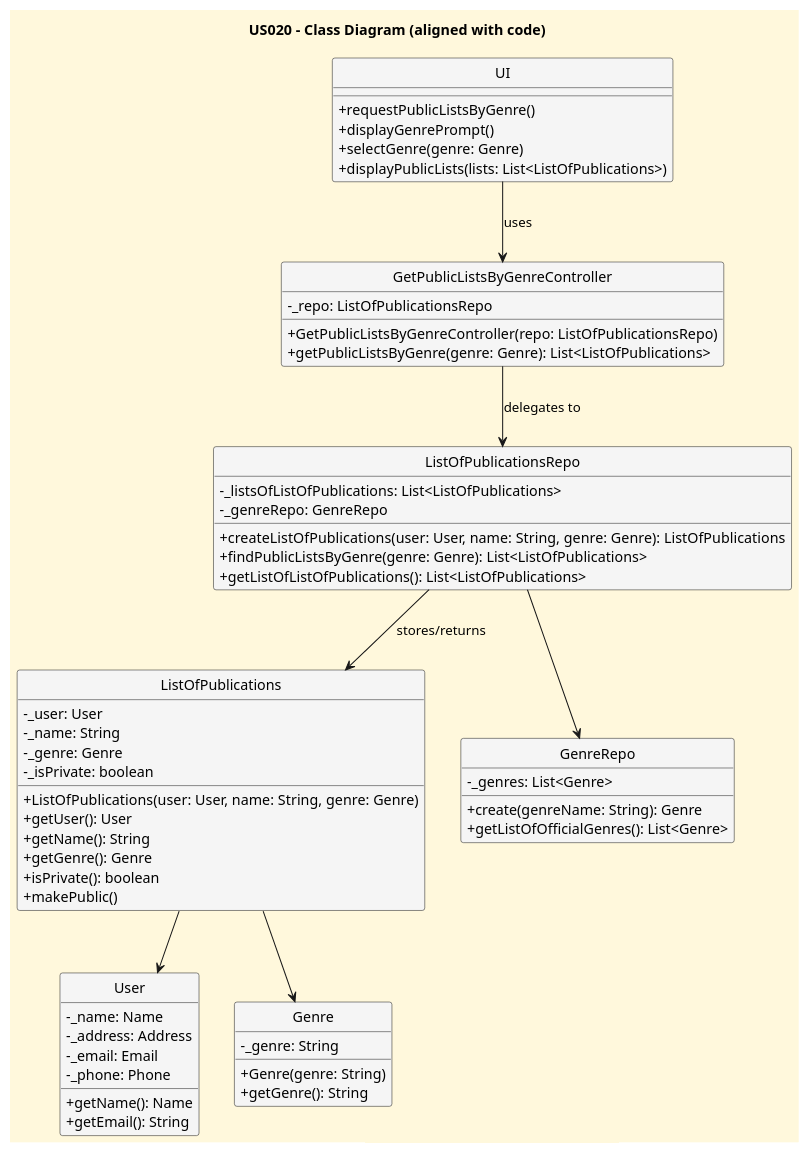
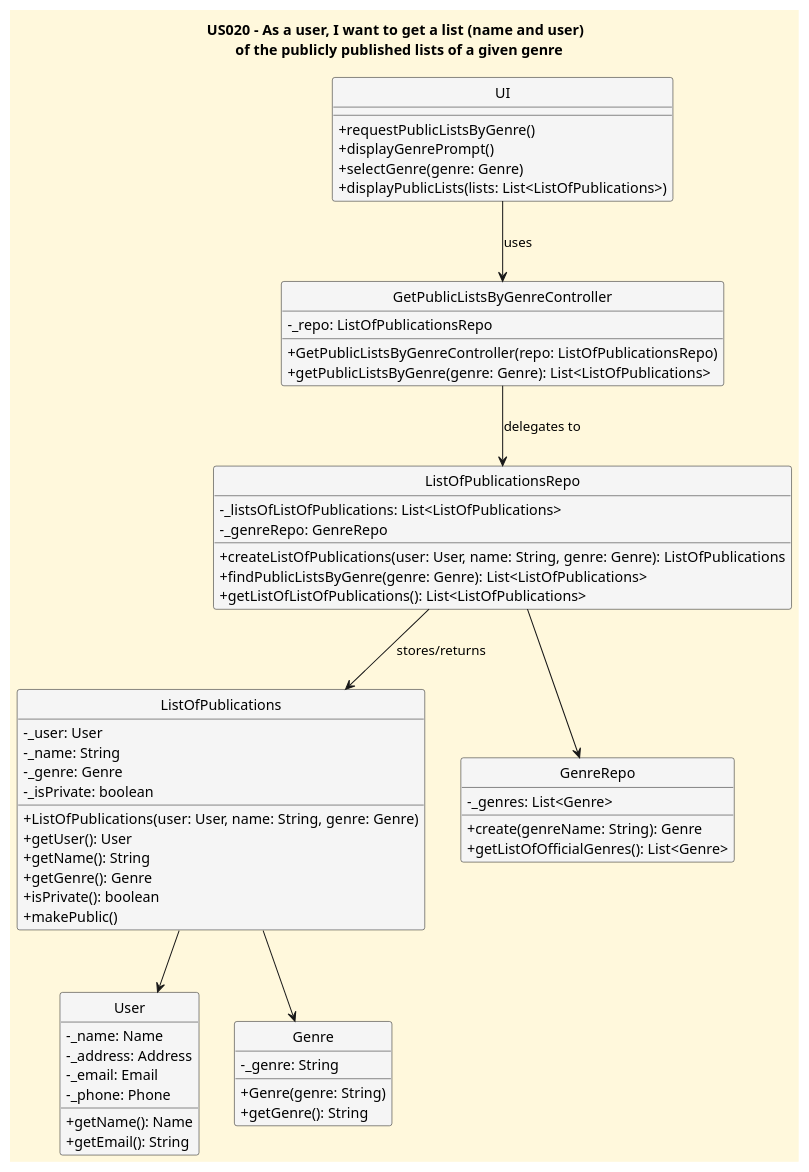
The diagram in docs/userStories/US020/US020_get_a_list_given_genres_CD.puml (CarolinaLeite-collab/JavaMarketplacePlatform), drawn with PlantUML before and after one commit.

Commit message:
Resolves #133: Updated Class Diagram of US020

```diff
--- a/docs/userStories/US020/US020_get_a_list_given_genres_CD.puml
+++ b/docs/userStories/US020/US020_get_a_list_given_genres_CD.puml
@@ -1,73 +1,73 @@
 @startuml
-title US020 - Class Diagram (aligned with code)
+title US020 - As a user, I want to get a list (name and user) \n of the publicly published lists of a given genre
 
 skinparam defaultFontName Futura
 skinparam backgroundColor CornSilk
 skinparam classBackgroundColor WhiteSmoke
 skinparam classAttributeIconSize 0
 hide circle
 
 class UI {
   +requestPublicListsByGenre()
   +displayGenrePrompt()
   +selectGenre(genre: Genre)
   +displayPublicLists(lists: List<ListOfPublications>)
 }
 
 class GetPublicListsByGenreController {
   -_repo: ListOfPublicationsRepo
   +GetPublicListsByGenreController(repo: ListOfPublicationsRepo)
   +getPublicListsByGenre(genre: Genre): List<ListOfPublications>
 }
 
 class ListOfPublicationsRepo {
   -_listsOfListOfPublications: List<ListOfPublications>
   -_genreRepo: GenreRepo
   +createListOfPublications(user: User, name: String, genre: Genre): ListOfPublications
   +findPublicListsByGenre(genre: Genre): List<ListOfPublications>
   +getListOfListOfPublications(): List<ListOfPublications>
 }
 
 class ListOfPublications {
   -_user: User
   -_name: String
   -_genre: Genre
   -_isPrivate: boolean
 
   +ListOfPublications(user: User, name: String, genre: Genre)
   +getUser(): User
   +getName(): String
   +getGenre(): Genre
   +isPrivate(): boolean
   +makePublic()
 }
 
 class User {
   -_name: Name
   -_address: Address
   -_email: Email
   -_phone: Phone
   +getName(): Name
   +getEmail(): String
 }
 
 class Genre {
   -_genre: String
   +Genre(genre: String)
   +getGenre(): String
 }
 
 class GenreRepo {
   -_genres: List<Genre>
   +create(genreName: String): Genre
   +getListOfOfficialGenres(): List<Genre>
 }
 
 UI --> GetPublicListsByGenreController : uses
 GetPublicListsByGenreController --> ListOfPublicationsRepo : delegates to
 ListOfPublicationsRepo --> ListOfPublications : stores/returns
 ListOfPublications --> User
 ListOfPublications --> Genre
 ListOfPublicationsRepo --> GenreRepo
 
 @enduml
```
